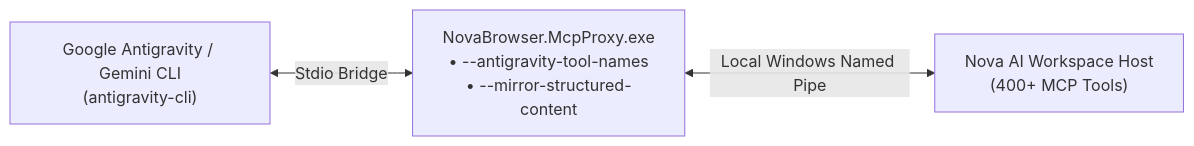
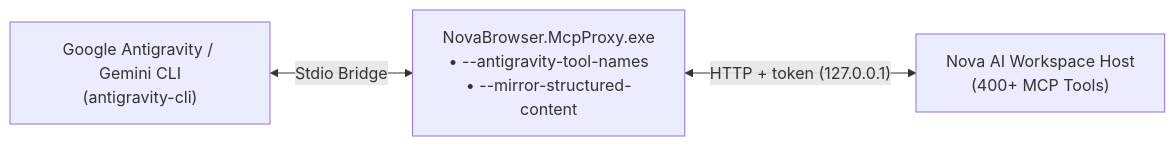
One commit to joelaniol/nova changed the diagram in docs/integration/google-antigravity.md. Above: the diagram before and after it, drawn with Mermaid. The commit also changed other lines of this file and 50 other files, not shown here.

Commit message:
docs: connection guides match the real transport (stdio bridge + local HTTP), tool tables without status column, broken characters fixed

````diff
--- a/docs/integration/google-antigravity.md
+++ b/docs/integration/google-antigravity.md
@@ -14,5 +14,5 @@
 ```mermaid
 flowchart LR
     AGY["Google Antigravity / Gemini CLI<br>(antigravity-cli)"] <-->|Stdio Bridge| Proxy["NovaBrowser.McpProxy.exe<br>• --antigravity-tool-names<br>• --mirror-structured-content"]
-    Proxy <-->|Local Windows Named Pipe| Nova["Nova AI Workspace Host<br>(400+ MCP Tools)"]
+    Proxy <-->|"HTTP + token (127.0.0.1)"| Nova["Nova AI Workspace Host<br>(400+ MCP Tools)"]
 ```
````
